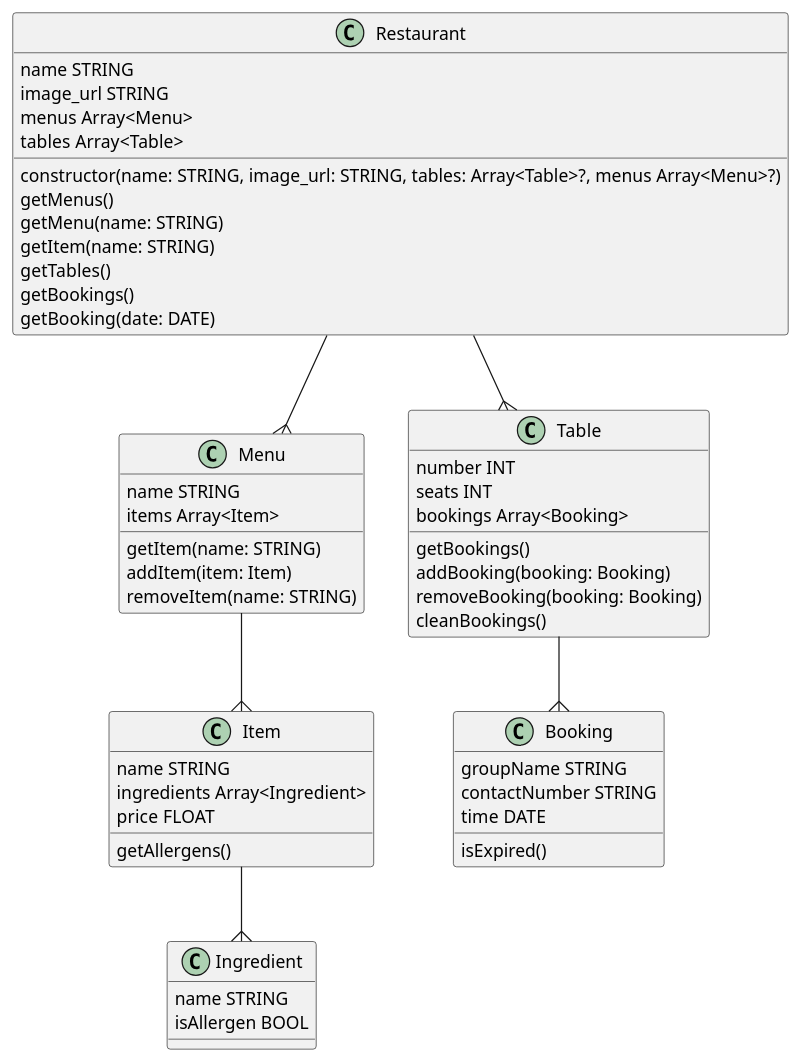
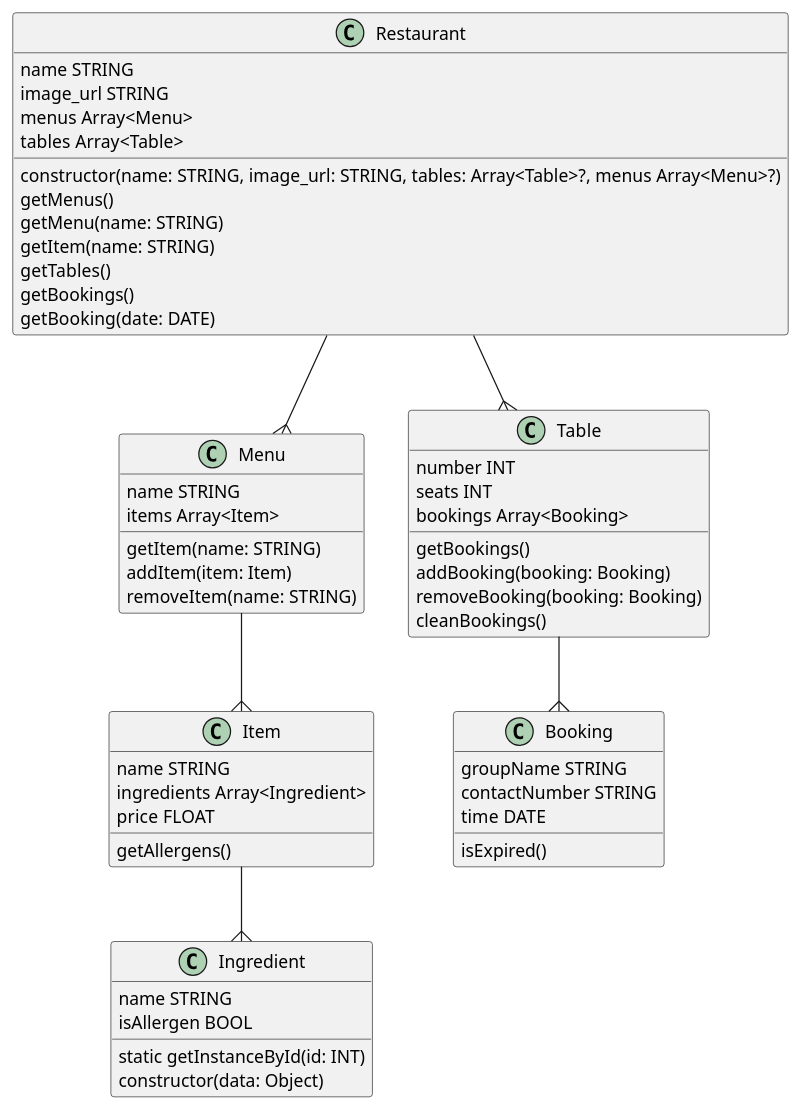
Before and after one commit to michael-bailey/js-restaurant: the diagram in docs/models/restaurant.plantuml, drawn with PlantUML.

Commit message:
updated graph methods

```diff
--- a/docs/models/restaurant.plantuml
+++ b/docs/models/restaurant.plantuml
@@ -1,69 +1,72 @@
 @startuml Restaurant
 
 ' notes
 ' note top of Restaurant : This is the main class of the module
 ' note left of Table : This Represents a sing table in the Restaurant 
 
 class Restaurant {
     name STRING
     image_url STRING
     menus Array<Menu>
     tables Array<Table>
 
     constructor(name: STRING, image_url: STRING, tables: Array<Table>?, menus Array<Menu>?)
     getMenus()
     getMenu(name: STRING)
     getItem(name: STRING)
     getTables()
     getBookings()
     getBooking(date: DATE)
 }
 
 class Menu {
     name STRING
     items Array<Item>
 
     getItem(name: STRING)
     addItem(item: Item)
     removeItem(name: STRING)
 }
 
 class Item {
     name STRING
     ingredients Array<Ingredient>
     price FLOAT
 
     getAllergens()
 }
 
 class Table {
     number INT
     seats INT
     bookings Array<Booking>
 
     getBookings()
     addBooking(booking: Booking)
     removeBooking(booking: Booking)
     cleanBookings()
 }
 
 class Booking {
     groupName STRING
     contactNumber STRING
     time DATE
 
     isExpired()
 }
 
 class Ingredient {
     name STRING
     isAllergen BOOL
+
+    static getInstanceById(id: INT)
+    constructor(data: Object)
 }
 
 Restaurant--{Menu
 Menu--{Item
 Item--{Ingredient
 Restaurant--{Table
 Table--{Booking
 
 @enduml
```
